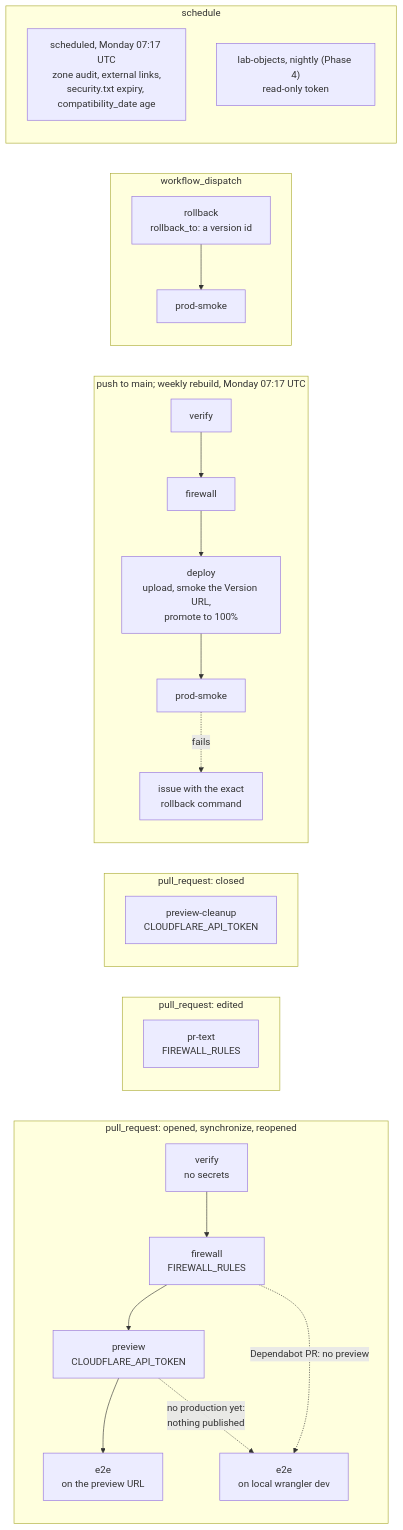
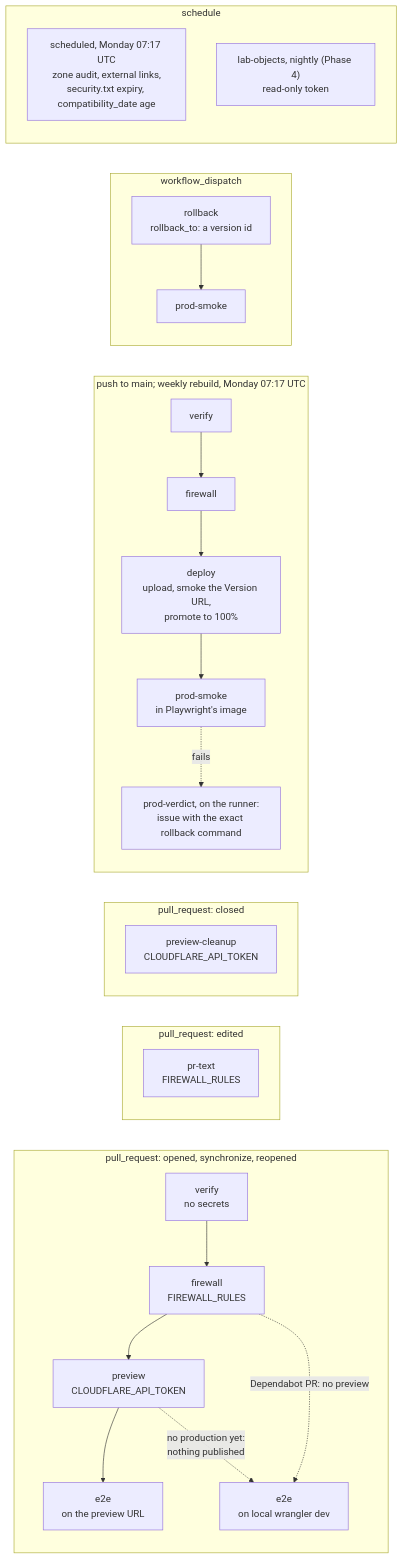
The diagram in docs/delivery.md (IHaveASegway/website), drawn with Mermaid before and after one commit. The commit also changed other lines of this file and 7 other files, not shown here.

````diff
--- a/docs/delivery.md
+++ b/docs/delivery.md
@@ -119,27 +119,27 @@
 ```mermaid
 flowchart LR
   subgraph PR["pull_request: opened, synchronize, reopened"]
     V["verify<br/>no secrets"] --> F["firewall<br/>FIREWALL_RULES"]
     F --> P["preview<br/>CLOUDFLARE_API_TOKEN"]
     P --> E["e2e<br/>on the preview URL"]
     F -.->|"Dependabot PR: no preview"| EL["e2e<br/>on local wrangler dev"]
     P -.->|"no production yet:<br/>nothing published"| EL
   end
   subgraph ED["pull_request: edited"]
     T["pr-text<br/>FIREWALL_RULES"]
   end
   subgraph CL["pull_request: closed"]
     C["preview-cleanup<br/>CLOUDFLARE_API_TOKEN"]
   end
   subgraph MAIN["push to main; weekly rebuild, Monday 07:17 UTC"]
-    V2["verify"] --> F2["firewall"] --> D["deploy<br/>upload, smoke the Version URL,<br/>promote to 100%"] --> S["prod-smoke"]
-    S -.->|"fails"| I["issue with the exact<br/>rollback command"]
+    V2["verify"] --> F2["firewall"] --> D["deploy<br/>upload, smoke the Version URL,<br/>promote to 100%"] --> S["prod-smoke<br/>in Playwright's image"]
+    S -.->|"fails"| I["prod-verdict, on the runner:<br/>issue with the exact rollback command"]
   end
   subgraph DISP["workflow_dispatch"]
     R["rollback<br/>rollback_to: a version id"] --> S3["prod-smoke"]
   end
   subgraph WK["schedule"]
     W["scheduled, Monday 07:17 UTC<br/>zone audit, external links,<br/>security.txt expiry, compatibility_date age"]
     N["lab-objects, nightly (Phase 4)<br/>read-only token"]
   end
 ```
````
